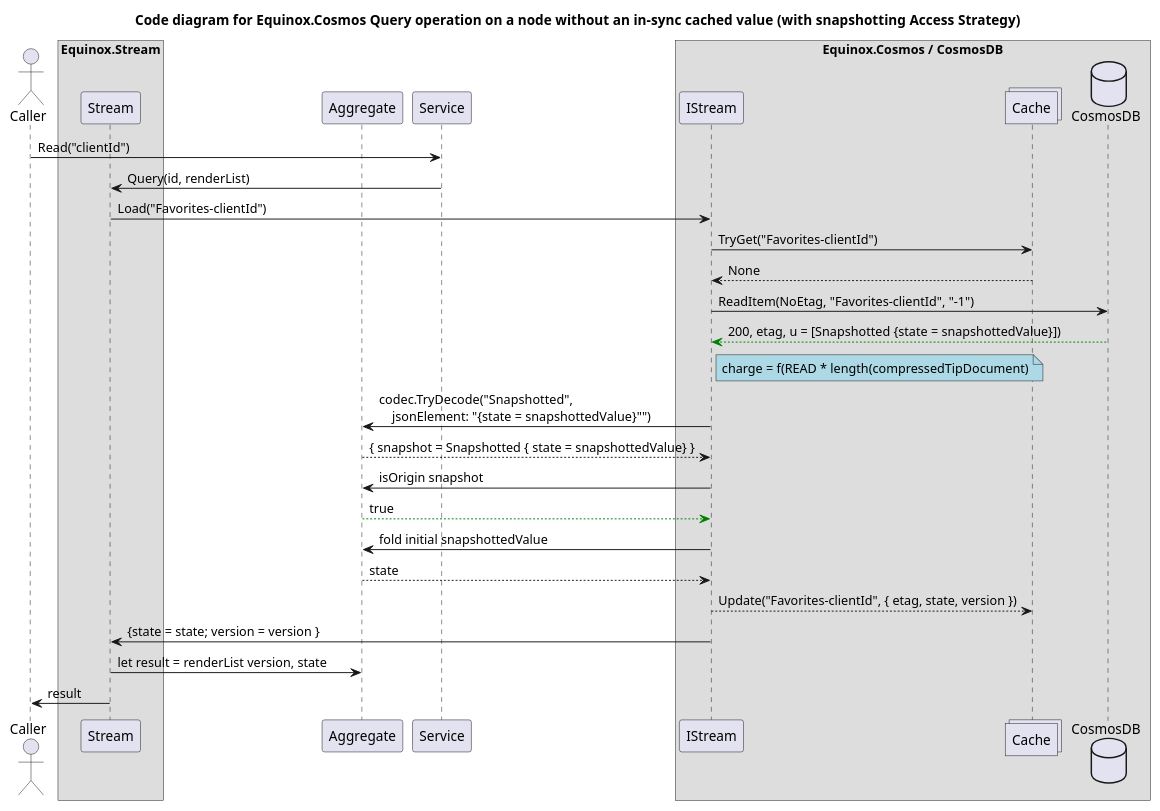
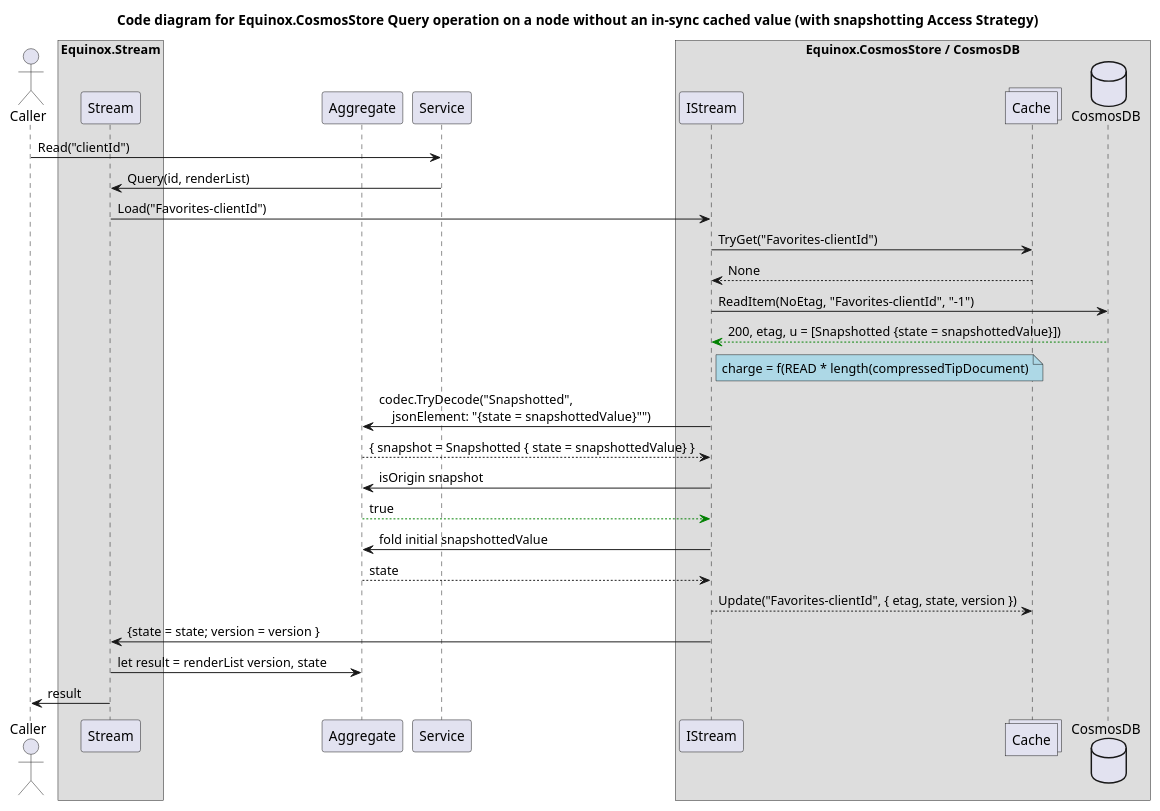
The fourth of 4 diagrams in diagrams/CosmosCode.puml (jet/equinox), drawn with PlantUML before and after one commit. The commit also changed other lines of this file and 39 other files, not shown here.

Commit message:
Renamespace Equinox.Cosmos -> CosmosStore

```diff
--- a/diagrams/CosmosCode.puml
+++ b/diagrams/CosmosCode.puml
@@ -146,35 +146,35 @@
 @startuml
-title Code diagram for Equinox.Cosmos Query operation on a node without an in-sync cached value (with snapshotting Access Strategy)
+title Code diagram for Equinox.CosmosStore Query operation on a node without an in-sync cached value (with snapshotting Access Strategy)
 
 actor Caller order 20
 box "Equinox.Stream"
     participant Stream order 40
 end box
 participant Aggregate order 50
 participant Service order 60
-box "Equinox.Cosmos / CosmosDB"
+box "Equinox.CosmosStore / CosmosDB"
   participant IStream order 80
   collections Cache order 90
   database CosmosDB order 100
 end box
 
 Caller -> Service: Read("clientId")
 participant Aggregate
 Service -> Stream: Query(id, renderList)
 Stream -> IStream: Load("Favorites-clientId")
 IStream -> Cache: TryGet("Favorites-clientId")
 Cache --> IStream: None
 IStream -> CosmosDB: ReadItem(NoEtag, "Favorites-clientId", "-1")
 CosmosDB -[#green]-> IStream: 200, etag, u = [Snapshotted {state = snapshottedValue}])
 note right IStream #lightblue: charge = f(READ * length(compressedTipDocument)
 IStream -> Aggregate: codec.TryDecode("Snapshotted",\n    jsonElement: "{state = snapshottedValue}"")
 Aggregate --> IStream: { snapshot = Snapshotted { state = snapshottedValue} }
 IStream -> Aggregate: isOrigin snapshot
 Aggregate -[#green]-> IStream: true
 IStream -> Aggregate: fold initial snapshottedValue
 Aggregate --> IStream: state
 IStream --> Cache: Update("Favorites-clientId", { etag, state, version })
 IStream -> Stream: {state = state; version = version }
 Stream -> Aggregate: let result = renderList version, state
 Stream -> Caller: result
 @enduml
```
